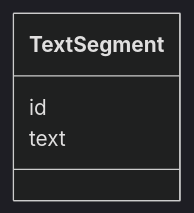
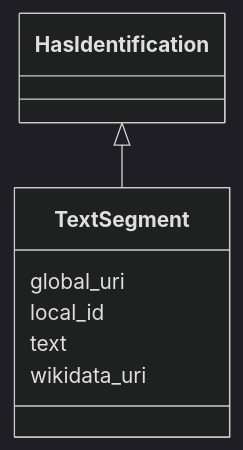
The diagram in ech-0293_operations/output/docs/TextSegment.md (swiss/political-affairs-ech-group), drawn with Mermaid (dark theme) before and after one commit. The commit also changed other lines of this file and 79 other files, not shown here.

````diff
--- a/ech-0293_operations/output/docs/TextSegment.md
+++ b/ech-0293_operations/output/docs/TextSegment.md
@@ -22,10 +22,17 @@
 ```mermaid
  classDiagram
     class TextSegment
     click TextSegment href "../TextSegment/"
-      TextSegment : id
+      HasIdentification <|-- TextSegment
+        click HasIdentification href "../HasIdentification/"
+      
+      TextSegment : global_uri
+        
+      TextSegment : local_id
         
       TextSegment : text
         
+      TextSegment : wikidata_uri
+        
       
 ```
````
